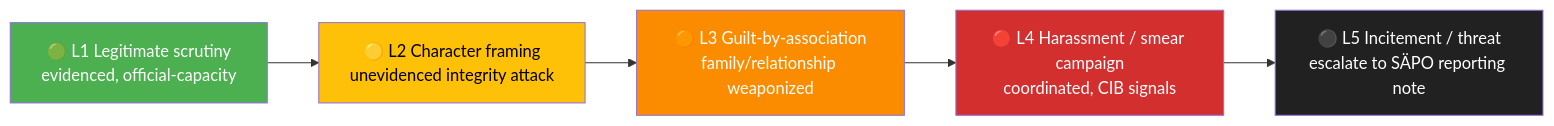
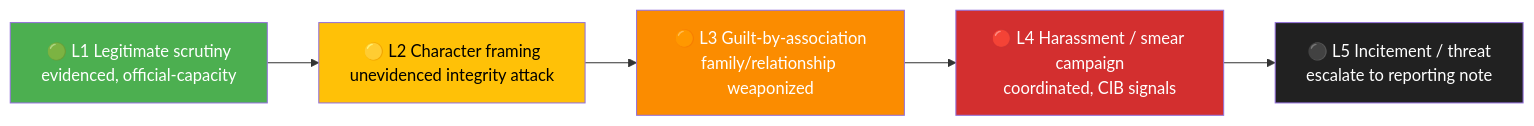
Before and after one commit to Hack23/riksdagsmonitor: the fifth of 5 diagrams in analysis/templates/media-framing-analysis.md, drawn with Mermaid.

Commit message:
Update incitement/threat note in flowchart

````diff
--- a/analysis/templates/media-framing-analysis.md
+++ b/analysis/templates/media-framing-analysis.md
@@ -473,12 +473,12 @@
 ```mermaid
 flowchart LR
     S1["🟢 L1 Legitimate scrutiny<br/>evidenced, official-capacity"] --> S2["🟡 L2 Character framing<br/>unevidenced integrity attack"]
     S2 --> S3["🟠 L3 Guilt-by-association<br/>family/relationship weaponized"]
     S3 --> S4["🔴 L4 Harassment / smear campaign<br/>coordinated, CIB signals"]
-    S4 --> S5["⚫ L5 Incitement / threat<br/>escalate to SÄPO reporting note"]
+    S4 --> S5["⚫ L5 Incitement / threat<br/>escalate to reporting note"]
     style S1 fill:#4CAF50,color:#FFFFFF
     style S2 fill:#FFC107,color:#000000
     style S3 fill:#FB8C00,color:#FFFFFF
     style S4 fill:#D32F2F,color:#FFFFFF
     style S5 fill:#212121,color:#FFFFFF
 ```
````
